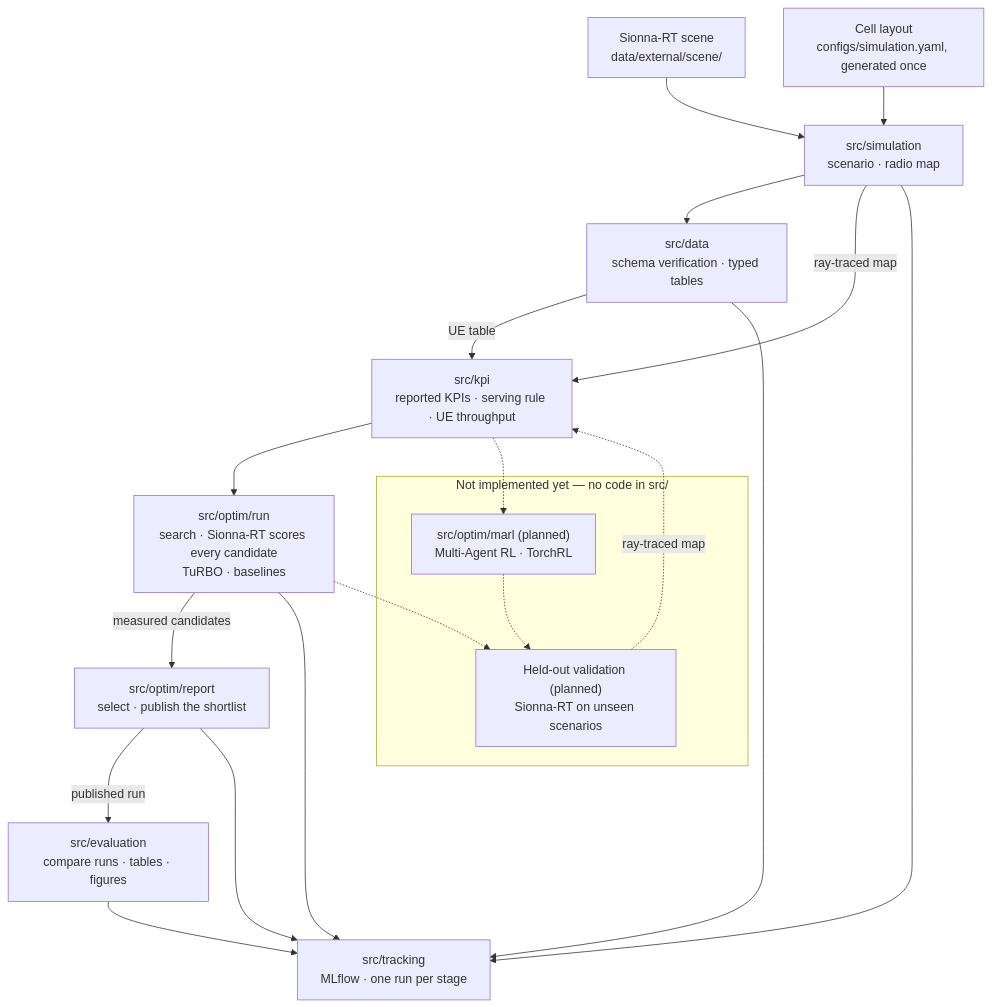
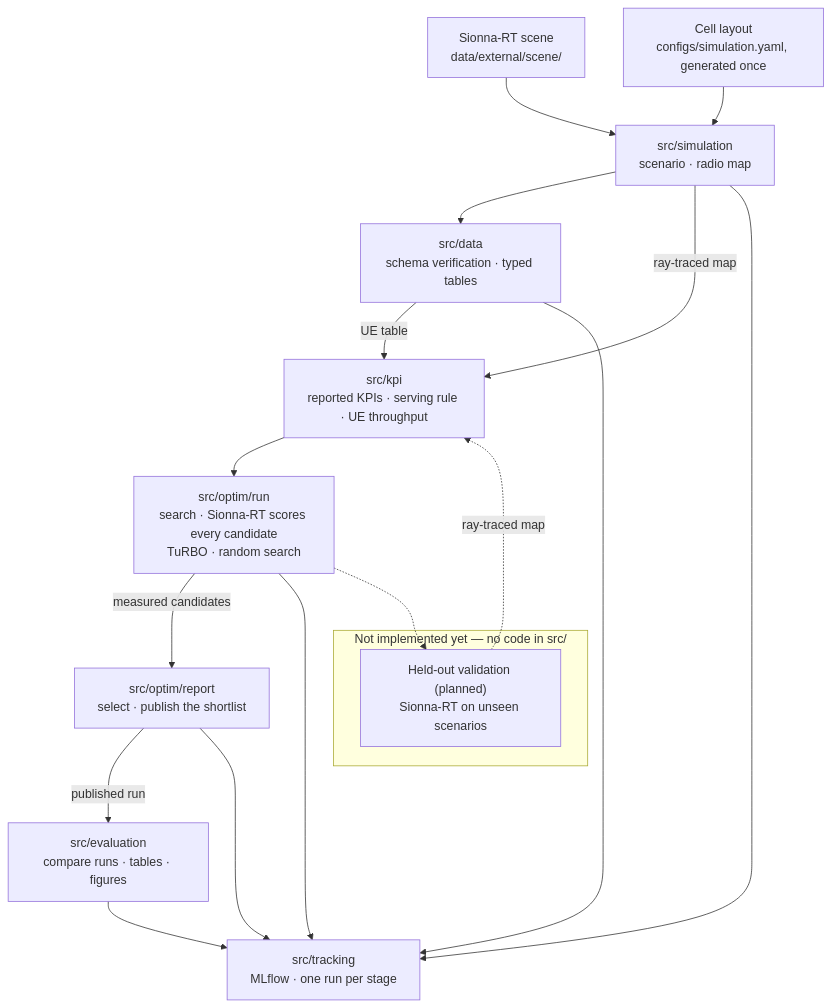
Before and after one commit to NguyenVu04/band-tilt: the diagram in README.md, drawn with Mermaid. The commit also changed other lines of this file and 34 other files, not shown here.

````diff
--- a/README.md
+++ b/README.md
@@ -113,32 +109,29 @@
 ```mermaid
 flowchart TB
     scene["Sionna-RT scene<br/>data/external/scene/"]
     cells["Cell layout<br/>configs/simulation.yaml, generated once"]
 
     sim["src/simulation<br/>scenario · radio map"]
     prep["src/data<br/>schema verification · typed tables"]
     kpi["src/kpi<br/>reported KPIs · serving rule · UE throughput"]
-    opt["src/optim/run<br/>search · Sionna-RT scores every candidate<br/>TuRBO · baselines"]
+    opt["src/optim/run<br/>search · Sionna-RT scores every candidate<br/>TuRBO · random search"]
     ver["src/optim/report<br/>select · publish the shortlist"]
     rep["src/evaluation<br/>compare runs · tables · figures"]
     mlf["src/tracking<br/>MLflow · one run per stage"]
 
     subgraph future["Not implemented yet — no code in src/"]
-        marl["src/optim/marl (planned)<br/>Multi-Agent RL · TorchRL"]
         val["Held-out validation (planned)<br/>Sionna-RT on unseen scenarios"]
     end
 
     scene --> sim
     cells --> sim
     sim --> prep
     sim -->|ray-traced map| kpi
     prep -->|UE table| kpi
     kpi --> opt
     opt -->|measured candidates| ver
     ver -->|published run| rep
     sim & prep & opt & ver & rep --> mlf
-    kpi -.-> marl
     opt -.-> val
-    marl -.-> val
     val -.->|ray-traced map| kpi
 ```
````
